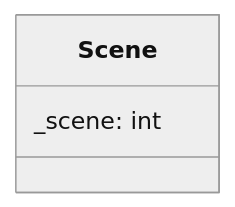
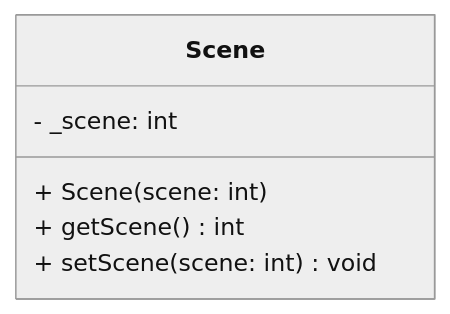
Before and after one commit to MYAMBO/R-Type: the diagram in docs/ECS/component/Scene.md, drawn with Mermaid (neutral theme). The commit also changed other lines of this file and 17 other files, not shown here.

````diff
--- a/docs/ECS/component/Scene.md
+++ b/docs/ECS/component/Scene.md
@@ -11,6 +36,9 @@
 ```mermaid
 classDiagram
   class Scene {
-    _scene: int
+    - _scene: int
+    + Scene(scene: int)
+    + getScene() int
+    + setScene(scene: int) void
   }
 ```
````
